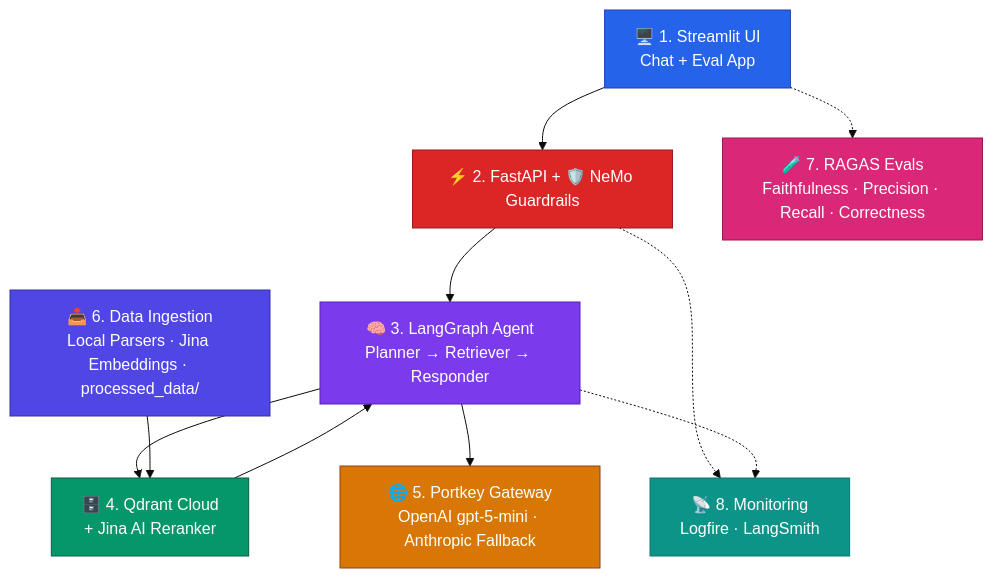
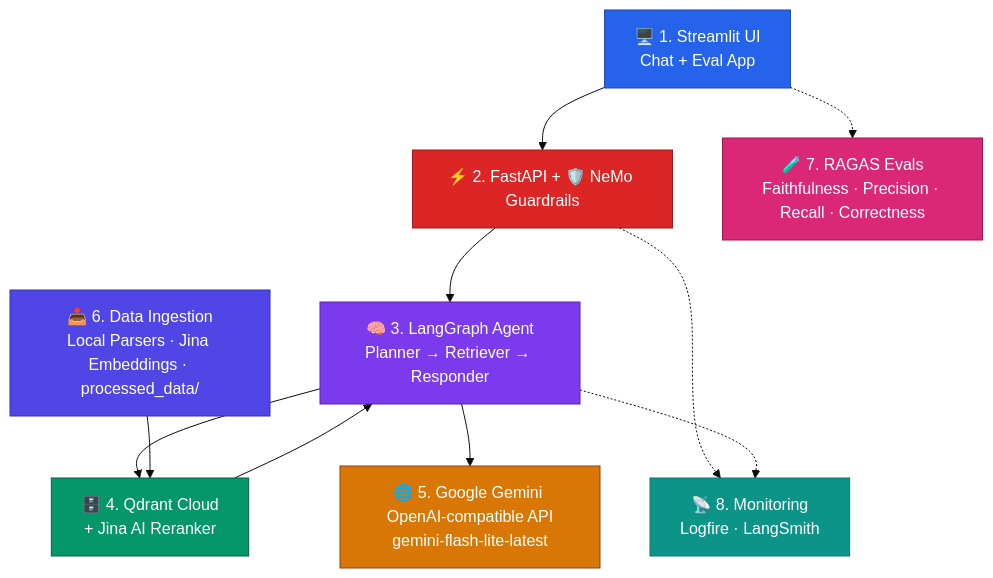
Before and after one commit to Bibek1008/Production-Grade-Scalable-Advance-RAG: the third of 3 diagrams in ARCHITECTURE.md, drawn with Mermaid (base theme). The commit also changed other lines of this file and 50 other files, not shown here.

````diff
--- a/ARCHITECTURE.md
+++ b/ARCHITECTURE.md
@@ -235,37 +229,37 @@
 ```mermaid
 graph TB
     A["🖥️ 1. Streamlit UI\nChat + Eval App"]
     B["⚡ 2. FastAPI + 🛡️ NeMo Guardrails"]
     C["🧠 3. LangGraph Agent\nPlanner → Retriever → Responder"]
     D["🗄️ 4. Qdrant Cloud\n+ Jina AI Reranker"]
-    E["🌐 5. Portkey Gateway\nOpenAI gpt-5-mini · Anthropic Fallback"]
+    E["🌐 5. Google Gemini OpenAI-compatible API\ngemini-flash-lite-latest"]
     F["📥 6. Data Ingestion\nLocal Parsers · Jina Embeddings · processed_data/"]
     G["🧪 7. RAGAS Evals\nFaithfulness · Precision · Recall · Correctness"]
     H["📡 8. Monitoring\nLogfire · LangSmith"]
 
     A --> B --> C
     C --> D --> C
     C --> E
     F --> D
     A -.-> G
     B -.-> H
     C -.-> H
 
     classDef ui      fill:#2563EB,stroke:#1E40AF,color:#fff
     classDef safety  fill:#DC2626,stroke:#991B1B,color:#fff
     classDef agent   fill:#7C3AED,stroke:#5B21B6,color:#fff
     classDef db      fill:#059669,stroke:#065F46,color:#fff
     classDef llm     fill:#D97706,stroke:#92400E,color:#fff
     classDef ingest  fill:#4F46E5,stroke:#3730A3,color:#fff
     classDef evals   fill:#DB2777,stroke:#9D174D,color:#fff
     classDef obs     fill:#0D9488,stroke:#0F766E,color:#fff
 
     class A ui
     class B safety
     class C agent
     class D db
     class E llm
     class F ingest
     class G evals
     class H obs
 ```
````
